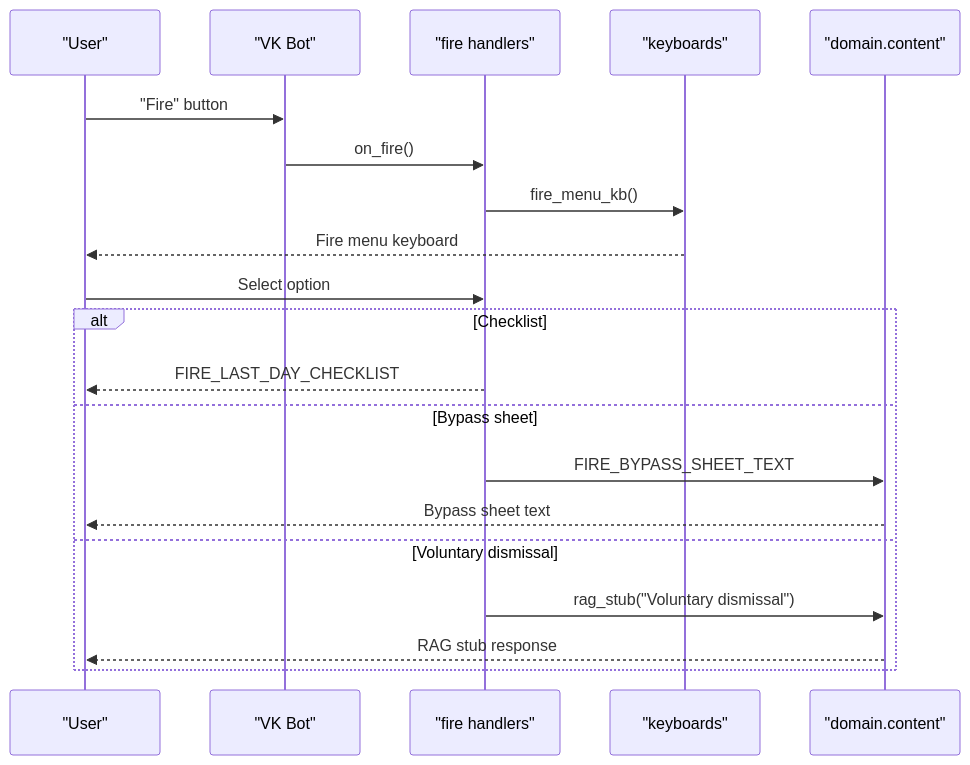
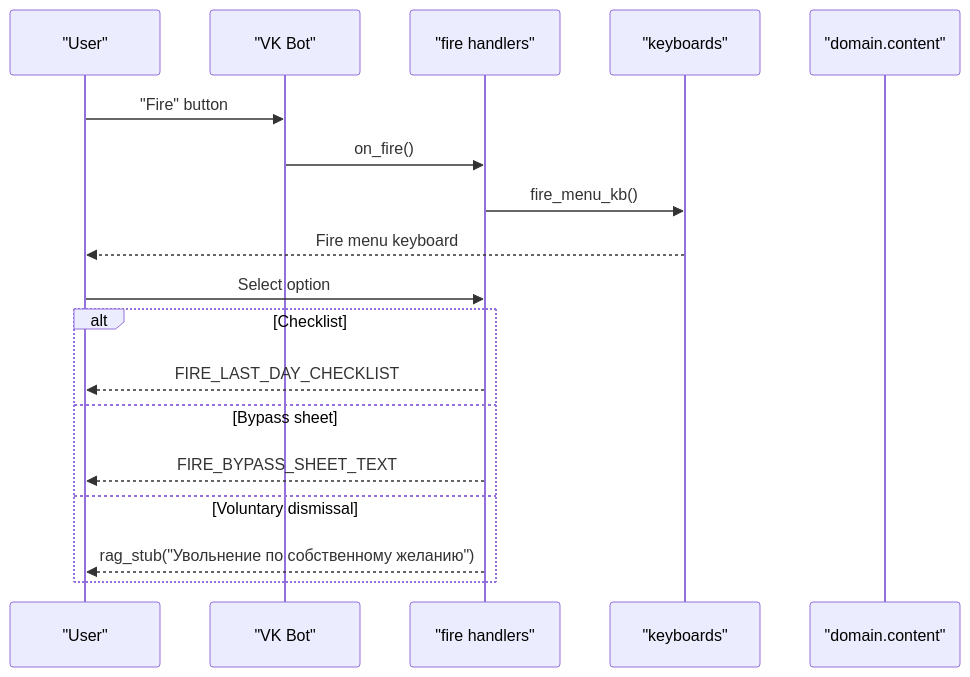
Before and after one commit to ognelis/cafetera_hr_bot: the eighth of 14 diagrams in .qoder/repowiki/en/content/VK Integration/Employment Lifecycle Management.md, drawn with Mermaid. The commit also changed other lines of this file and 16 other files, not shown here.

````diff
--- a/.qoder/repowiki/en/content/VK Integration/Employment Lifecycle Management.md
+++ b/.qoder/repowiki/en/content/VK Integration/Employment Lifecycle Management.md
@@ -312,22 +306,20 @@
 ```mermaid
 sequenceDiagram
 participant User as "User"
 participant Bot as "VK Bot"
 participant Fire as "fire handlers"
 participant KB as "keyboards"
 participant Content as "domain.content"
 User->>Bot : "Fire" button
 Bot->>Fire : on_fire()
 Fire->>KB : fire_menu_kb()
 KB-->>User : Fire menu keyboard
 User->>Fire : Select option
 alt Checklist
 Fire-->>User : FIRE_LAST_DAY_CHECKLIST
 else Bypass sheet
-Fire->>Content : FIRE_BYPASS_SHEET_TEXT
-Content-->>User : Bypass sheet text
+Fire-->>User : FIRE_BYPASS_SHEET_TEXT
 else Voluntary dismissal
-Fire->>Content : rag_stub("Voluntary dismissal")
-Content-->>User : RAG stub response
+Fire-->>User : rag_stub("Увольнение по собственному желанию")
 end
 ```
````
